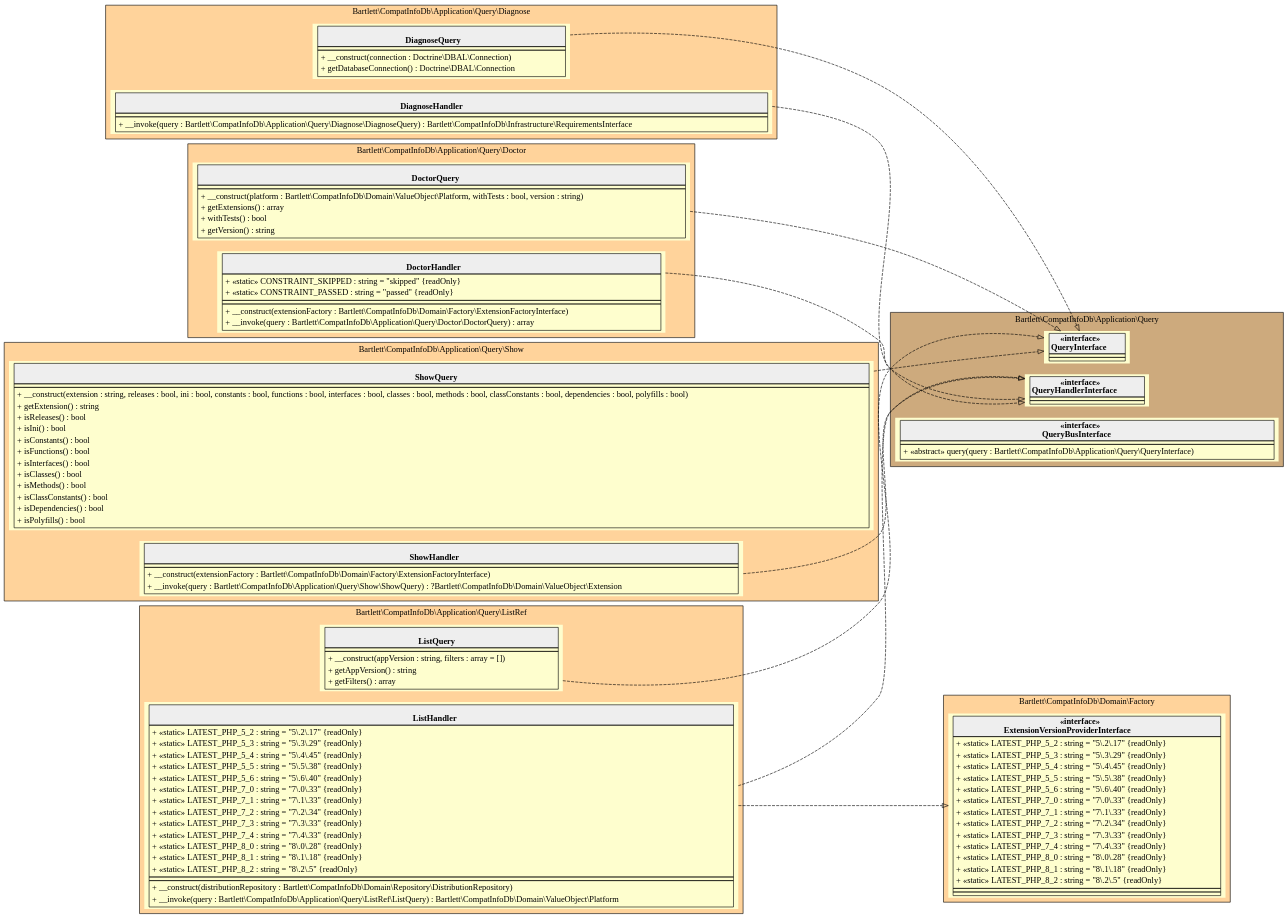
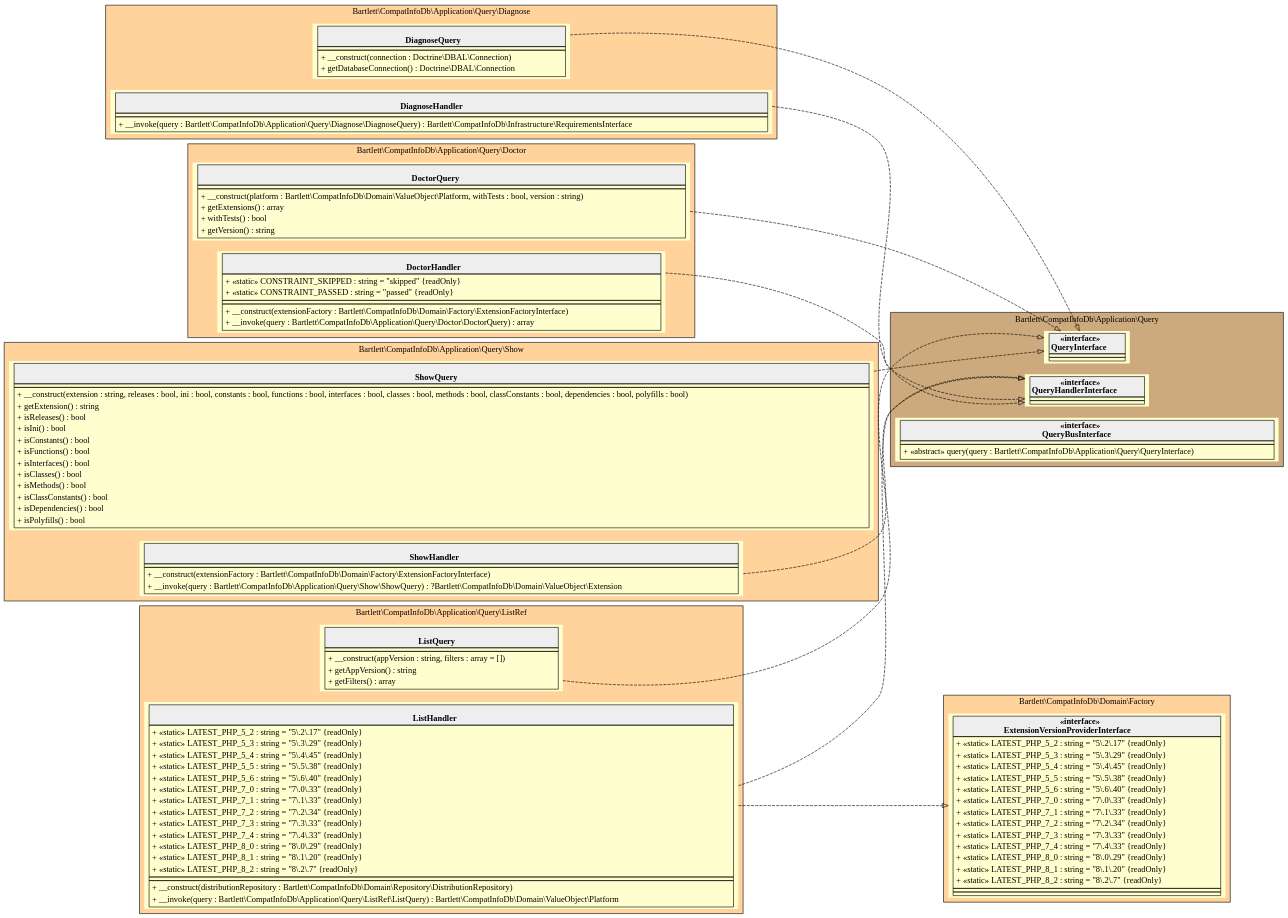
Before and after one commit to llaville/php-compatinfo-db: the diagram in 5.x/assets/images/application-query.html.gv, drawn with Graphviz. The commit also changed 41 other files, not shown here.

```diff
--- a/5.x/assets/images/application-query.html.gv
+++ b/5.x/assets/images/application-query.html.gv
@@ -1,181 +1,181 @@
 digraph {
   graph [rankdir="LR" bgcolor="transparent"]
   node [fillcolor="#FEFECE" style="filled"]
   subgraph cluster_0 {
     graph [bgcolor="burlywood1"]
     label = "Bartlett\\CompatInfoDb\\Application\\Query\\Diagnose"
     "Bartlett\\CompatInfoDb\\Application\\Query\\Diagnose\\DiagnoseQuery" [shape="none" label=<
 <table cellspacing="0" border="0" cellborder="1">
     <tr><td bgcolor="#eeeeee"><b><br/>DiagnoseQuery</b></td></tr>
     <tr><td></td></tr>
     <tr><td><table border="0" cellspacing="0" cellpadding="2">
     <tr><td align="left">+ __construct(connection : Doctrine\\DBAL\\Connection)</td></tr>
     <tr><td align="left">+ getDatabaseConnection() : Doctrine\\DBAL\\Connection</td></tr>
 </table></td></tr>
 </table>>]
     "Bartlett\\CompatInfoDb\\Application\\Query\\Diagnose\\DiagnoseHandler" [shape="none" label=<
 <table cellspacing="0" border="0" cellborder="1">
     <tr><td bgcolor="#eeeeee"><b><br/>DiagnoseHandler</b></td></tr>
     <tr><td></td></tr>
     <tr><td><table border="0" cellspacing="0" cellpadding="2">
     <tr><td align="left">+ __invoke(query : Bartlett\\CompatInfoDb\\Application\\Query\\Diagnose\\DiagnoseQuery) : Bartlett\\CompatInfoDb\\Infrastructure\\RequirementsInterface</td></tr>
 </table></td></tr>
 </table>>]
   }
   subgraph cluster_1 {
     graph [bgcolor="burlywood3"]
     label = "Bartlett\\CompatInfoDb\\Application\\Query"
     "Bartlett\\CompatInfoDb\\Application\\Query\\QueryInterface" [shape="none" label=<
 <table cellspacing="0" border="0" cellborder="1">
     <tr><td bgcolor="#eeeeee"><b>«interface»<br/>QueryInterface</b></td></tr>
     <tr><td></td></tr>
     <tr><td></td></tr>
 </table>>]
     "Bartlett\\CompatInfoDb\\Application\\Query\\QueryHandlerInterface" [shape="none" label=<
 <table cellspacing="0" border="0" cellborder="1">
     <tr><td bgcolor="#eeeeee"><b>«interface»<br/>QueryHandlerInterface</b></td></tr>
     <tr><td></td></tr>
     <tr><td></td></tr>
 </table>>]
     "Bartlett\\CompatInfoDb\\Application\\Query\\QueryBusInterface" [shape="none" label=<
 <table cellspacing="0" border="0" cellborder="1">
     <tr><td bgcolor="#eeeeee"><b>«interface»<br/>QueryBusInterface</b></td></tr>
     <tr><td></td></tr>
     <tr><td><table border="0" cellspacing="0" cellpadding="2">
     <tr><td align="left">+ «abstract» query(query : Bartlett\\CompatInfoDb\\Application\\Query\\QueryInterface)</td></tr>
 </table></td></tr>
 </table>>]
   }
   subgraph cluster_2 {
     graph [bgcolor="burlywood1"]
     label = "Bartlett\\CompatInfoDb\\Application\\Query\\Doctor"
     "Bartlett\\CompatInfoDb\\Application\\Query\\Doctor\\DoctorQuery" [shape="none" label=<
 <table cellspacing="0" border="0" cellborder="1">
     <tr><td bgcolor="#eeeeee"><b><br/>DoctorQuery</b></td></tr>
     <tr><td></td></tr>
     <tr><td><table border="0" cellspacing="0" cellpadding="2">
     <tr><td align="left">+ __construct(platform : Bartlett\\CompatInfoDb\\Domain\\ValueObject\\Platform, withTests : bool, version : string)</td></tr>
     <tr><td align="left">+ getExtensions() : array</td></tr>
     <tr><td align="left">+ withTests() : bool</td></tr>
     <tr><td align="left">+ getVersion() : string</td></tr>
 </table></td></tr>
 </table>>]
     "Bartlett\\CompatInfoDb\\Application\\Query\\Doctor\\DoctorHandler" [shape="none" label=<
 <table cellspacing="0" border="0" cellborder="1">
     <tr><td bgcolor="#eeeeee"><b><br/>DoctorHandler</b></td></tr>
     <tr><td><table border="0" cellspacing="0" cellpadding="2">
     <tr><td align="left">+ «static» CONSTRAINT_SKIPPED : string = "skipped" {readOnly}</td></tr>
     <tr><td align="left">+ «static» CONSTRAINT_PASSED : string = "passed" {readOnly}</td></tr>
 </table></td></tr>
     <tr><td></td></tr>
     <tr><td><table border="0" cellspacing="0" cellpadding="2">
     <tr><td align="left">+ __construct(extensionFactory : Bartlett\\CompatInfoDb\\Domain\\Factory\\ExtensionFactoryInterface)</td></tr>
     <tr><td align="left">+ __invoke(query : Bartlett\\CompatInfoDb\\Application\\Query\\Doctor\\DoctorQuery) : array</td></tr>
 </table></td></tr>
 </table>>]
   }
   subgraph cluster_3 {
     graph [bgcolor="burlywood1"]
     label = "Bartlett\\CompatInfoDb\\Application\\Query\\ListRef"
     "Bartlett\\CompatInfoDb\\Application\\Query\\ListRef\\ListQuery" [shape="none" label=<
 <table cellspacing="0" border="0" cellborder="1">
     <tr><td bgcolor="#eeeeee"><b><br/>ListQuery</b></td></tr>
     <tr><td></td></tr>
     <tr><td><table border="0" cellspacing="0" cellpadding="2">
     <tr><td align="left">+ __construct(appVersion : string, filters : array = [])</td></tr>
     <tr><td align="left">+ getAppVersion() : string</td></tr>
     <tr><td align="left">+ getFilters() : array</td></tr>
 </table></td></tr>
 </table>>]
     "Bartlett\\CompatInfoDb\\Application\\Query\\ListRef\\ListHandler" [shape="none" label=<
 <table cellspacing="0" border="0" cellborder="1">
     <tr><td bgcolor="#eeeeee"><b><br/>ListHandler</b></td></tr>
     <tr><td><table border="0" cellspacing="0" cellpadding="2">
     <tr><td align="left">+ «static» LATEST_PHP_5_2 : string = "5\.2\.17" {readOnly}</td></tr>
     <tr><td align="left">+ «static» LATEST_PHP_5_3 : string = "5\.3\.29" {readOnly}</td></tr>
     <tr><td align="left">+ «static» LATEST_PHP_5_4 : string = "5\.4\.45" {readOnly}</td></tr>
     <tr><td align="left">+ «static» LATEST_PHP_5_5 : string = "5\.5\.38" {readOnly}</td></tr>
     <tr><td align="left">+ «static» LATEST_PHP_5_6 : string = "5\.6\.40" {readOnly}</td></tr>
     <tr><td align="left">+ «static» LATEST_PHP_7_0 : string = "7\.0\.33" {readOnly}</td></tr>
     <tr><td align="left">+ «static» LATEST_PHP_7_1 : string = "7\.1\.33" {readOnly}</td></tr>
     <tr><td align="left">+ «static» LATEST_PHP_7_2 : string = "7\.2\.34" {readOnly}</td></tr>
     <tr><td align="left">+ «static» LATEST_PHP_7_3 : string = "7\.3\.33" {readOnly}</td></tr>
     <tr><td align="left">+ «static» LATEST_PHP_7_4 : string = "7\.4\.33" {readOnly}</td></tr>
-    <tr><td align="left">+ «static» LATEST_PHP_8_0 : string = "8\.0\.28" {readOnly}</td></tr>
-    <tr><td align="left">+ «static» LATEST_PHP_8_1 : string = "8\.1\.18" {readOnly}</td></tr>
-    <tr><td align="left">+ «static» LATEST_PHP_8_2 : string = "8\.2\.5" {readOnly}</td></tr>
+    <tr><td align="left">+ «static» LATEST_PHP_8_0 : string = "8\.0\.29" {readOnly}</td></tr>
+    <tr><td align="left">+ «static» LATEST_PHP_8_1 : string = "8\.1\.20" {readOnly}</td></tr>
+    <tr><td align="left">+ «static» LATEST_PHP_8_2 : string = "8\.2\.7" {readOnly}</td></tr>
 </table></td></tr>
     <tr><td></td></tr>
     <tr><td><table border="0" cellspacing="0" cellpadding="2">
     <tr><td align="left">+ __construct(distributionRepository : Bartlett\\CompatInfoDb\\Domain\\Repository\\DistributionRepository)</td></tr>
     <tr><td align="left">+ __invoke(query : Bartlett\\CompatInfoDb\\Application\\Query\\ListRef\\ListQuery) : Bartlett\\CompatInfoDb\\Domain\\ValueObject\\Platform</td></tr>
 </table></td></tr>
 </table>>]
   }
   subgraph cluster_4 {
     graph [bgcolor="burlywood1"]
     label = "Bartlett\\CompatInfoDb\\Domain\\Factory"
     "Bartlett\\CompatInfoDb\\Domain\\Factory\\ExtensionVersionProviderInterface" [shape="none" label=<
 <table cellspacing="0" border="0" cellborder="1">
     <tr><td bgcolor="#eeeeee"><b>«interface»<br/>ExtensionVersionProviderInterface</b></td></tr>
     <tr><td><table border="0" cellspacing="0" cellpadding="2">
     <tr><td align="left">+ «static» LATEST_PHP_5_2 : string = "5\.2\.17" {readOnly}</td></tr>
     <tr><td align="left">+ «static» LATEST_PHP_5_3 : string = "5\.3\.29" {readOnly}</td></tr>
     <tr><td align="left">+ «static» LATEST_PHP_5_4 : string = "5\.4\.45" {readOnly}</td></tr>
     <tr><td align="left">+ «static» LATEST_PHP_5_5 : string = "5\.5\.38" {readOnly}</td></tr>
     <tr><td align="left">+ «static» LATEST_PHP_5_6 : string = "5\.6\.40" {readOnly}</td></tr>
     <tr><td align="left">+ «static» LATEST_PHP_7_0 : string = "7\.0\.33" {readOnly}</td></tr>
     <tr><td align="left">+ «static» LATEST_PHP_7_1 : string = "7\.1\.33" {readOnly}</td></tr>
     <tr><td align="left">+ «static» LATEST_PHP_7_2 : string = "7\.2\.34" {readOnly}</td></tr>
     <tr><td align="left">+ «static» LATEST_PHP_7_3 : string = "7\.3\.33" {readOnly}</td></tr>
     <tr><td align="left">+ «static» LATEST_PHP_7_4 : string = "7\.4\.33" {readOnly}</td></tr>
-    <tr><td align="left">+ «static» LATEST_PHP_8_0 : string = "8\.0\.28" {readOnly}</td></tr>
-    <tr><td align="left">+ «static» LATEST_PHP_8_1 : string = "8\.1\.18" {readOnly}</td></tr>
-    <tr><td align="left">+ «static» LATEST_PHP_8_2 : string = "8\.2\.5" {readOnly}</td></tr>
+    <tr><td align="left">+ «static» LATEST_PHP_8_0 : string = "8\.0\.29" {readOnly}</td></tr>
+    <tr><td align="left">+ «static» LATEST_PHP_8_1 : string = "8\.1\.20" {readOnly}</td></tr>
+    <tr><td align="left">+ «static» LATEST_PHP_8_2 : string = "8\.2\.7" {readOnly}</td></tr>
 </table></td></tr>
     <tr><td></td></tr>
     <tr><td></td></tr>
 </table>>]
   }
   subgraph cluster_5 {
     graph [bgcolor="burlywood1"]
     label = "Bartlett\\CompatInfoDb\\Application\\Query\\Show"
     "Bartlett\\CompatInfoDb\\Application\\Query\\Show\\ShowQuery" [shape="none" label=<
 <table cellspacing="0" border="0" cellborder="1">
     <tr><td bgcolor="#eeeeee"><b><br/>ShowQuery</b></td></tr>
     <tr><td></td></tr>
     <tr><td><table border="0" cellspacing="0" cellpadding="2">
     <tr><td align="left">+ __construct(extension : string, releases : bool, ini : bool, constants : bool, functions : bool, interfaces : bool, classes : bool, methods : bool, classConstants : bool, dependencies : bool, polyfills : bool)</td></tr>
     <tr><td align="left">+ getExtension() : string</td></tr>
     <tr><td align="left">+ isReleases() : bool</td></tr>
     <tr><td align="left">+ isIni() : bool</td></tr>
     <tr><td align="left">+ isConstants() : bool</td></tr>
     <tr><td align="left">+ isFunctions() : bool</td></tr>
     <tr><td align="left">+ isInterfaces() : bool</td></tr>
     <tr><td align="left">+ isClasses() : bool</td></tr>
     <tr><td align="left">+ isMethods() : bool</td></tr>
     <tr><td align="left">+ isClassConstants() : bool</td></tr>
     <tr><td align="left">+ isDependencies() : bool</td></tr>
     <tr><td align="left">+ isPolyfills() : bool</td></tr>
 </table></td></tr>
 </table>>]
     "Bartlett\\CompatInfoDb\\Application\\Query\\Show\\ShowHandler" [shape="none" label=<
 <table cellspacing="0" border="0" cellborder="1">
     <tr><td bgcolor="#eeeeee"><b><br/>ShowHandler</b></td></tr>
     <tr><td></td></tr>
     <tr><td><table border="0" cellspacing="0" cellpadding="2">
     <tr><td align="left">+ __construct(extensionFactory : Bartlett\\CompatInfoDb\\Domain\\Factory\\ExtensionFactoryInterface)</td></tr>
     <tr><td align="left">+ __invoke(query : Bartlett\\CompatInfoDb\\Application\\Query\\Show\\ShowQuery) : ?Bartlett\\CompatInfoDb\\Domain\\ValueObject\\Extension</td></tr>
 </table></td></tr>
 </table>>]
   }
   "Bartlett\\CompatInfoDb\\Application\\Query\\Diagnose\\DiagnoseQuery" -> "Bartlett\\CompatInfoDb\\Application\\Query\\QueryInterface" [arrowhead="empty" style="dashed"]
   "Bartlett\\CompatInfoDb\\Application\\Query\\Diagnose\\DiagnoseHandler" -> "Bartlett\\CompatInfoDb\\Application\\Query\\QueryHandlerInterface" [arrowhead="empty" style="dashed"]
   "Bartlett\\CompatInfoDb\\Application\\Query\\Doctor\\DoctorQuery" -> "Bartlett\\CompatInfoDb\\Application\\Query\\QueryInterface" [arrowhead="empty" style="dashed"]
   "Bartlett\\CompatInfoDb\\Application\\Query\\Doctor\\DoctorHandler" -> "Bartlett\\CompatInfoDb\\Application\\Query\\QueryHandlerInterface" [arrowhead="empty" style="dashed"]
   "Bartlett\\CompatInfoDb\\Application\\Query\\ListRef\\ListQuery" -> "Bartlett\\CompatInfoDb\\Application\\Query\\QueryInterface" [arrowhead="empty" style="dashed"]
   "Bartlett\\CompatInfoDb\\Application\\Query\\ListRef\\ListHandler" -> "Bartlett\\CompatInfoDb\\Application\\Query\\QueryHandlerInterface" [arrowhead="empty" style="dashed"]
   "Bartlett\\CompatInfoDb\\Application\\Query\\ListRef\\ListHandler" -> "Bartlett\\CompatInfoDb\\Domain\\Factory\\ExtensionVersionProviderInterface" [arrowhead="empty" style="dashed"]
   "Bartlett\\CompatInfoDb\\Application\\Query\\Show\\ShowQuery" -> "Bartlett\\CompatInfoDb\\Application\\Query\\QueryInterface" [arrowhead="empty" style="dashed"]
   "Bartlett\\CompatInfoDb\\Application\\Query\\Show\\ShowHandler" -> "Bartlett\\CompatInfoDb\\Application\\Query\\QueryHandlerInterface" [arrowhead="empty" style="dashed"]
 }
```
